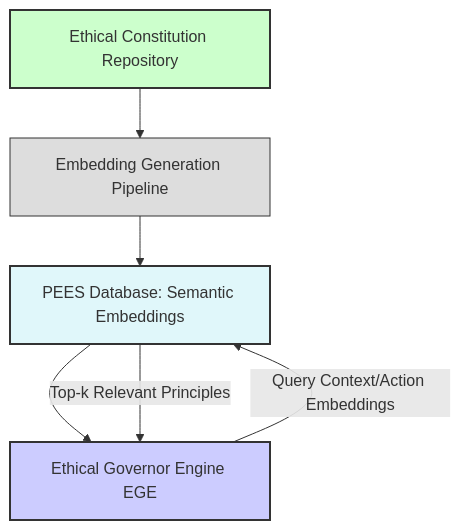
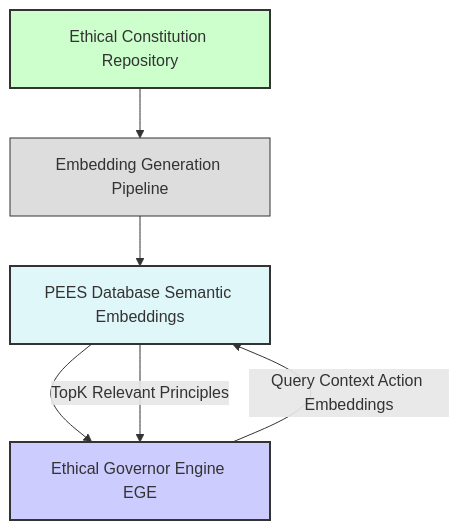
The third of 9 diagrams in inventions/026_ethical_governor_for_ai_systems.md (diplomat-bit/Citibank_Demo_Business_Inc_Demonstration-), drawn with Mermaid before and after one commit. The commit also changed other lines of this file, not shown here.

````diff
--- a/inventions/026_ethical_governor_for_ai_systems.md
+++ b/inventions/026_ethical_governor_for_ai_systems.md
@@ -283,12 +285,12 @@
 ```mermaid
 graph TD
     ECR[Ethical Constitution Repository] --> GEP[Embedding Generation Pipeline]
-    GEP --> PEESDB[PEES Database: Semantic Embeddings]
+    GEP --> PEESDB[PEES Database Semantic Embeddings]
     PEESDB --> EG[Ethical Governor Engine EGE]
-    EG --> |Query Context/Action Embeddings| PEESDB
-    PEESDB --> |Top-k Relevant Principles| EG
+    EG --> |Query Context Action Embeddings| PEESDB
+    PEESDB --> |TopK Relevant Principles| EG
     style ECR fill:#cfc,stroke:#333,stroke-width:2px
     style GEP fill:#ddd,stroke:#333
     style PEESDB fill:#e0f7fa,stroke:#333,stroke-width:2px
     style EG fill:#ccf,stroke:#333,stroke-width:2px
 ```
````
